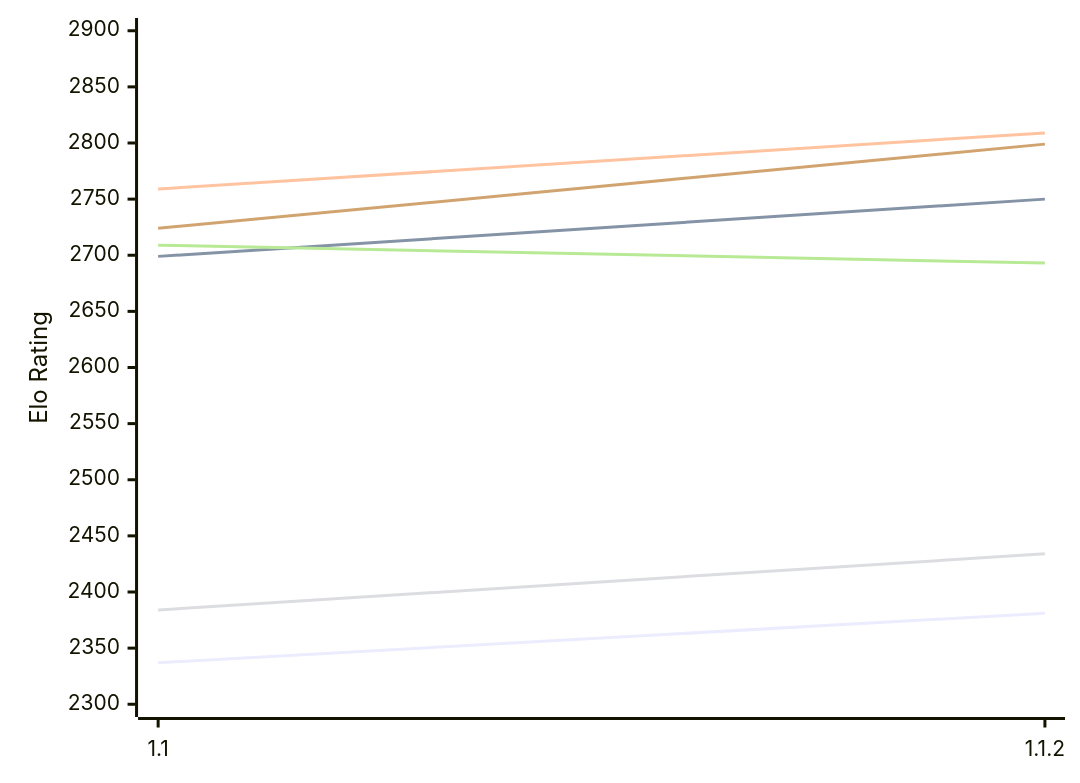
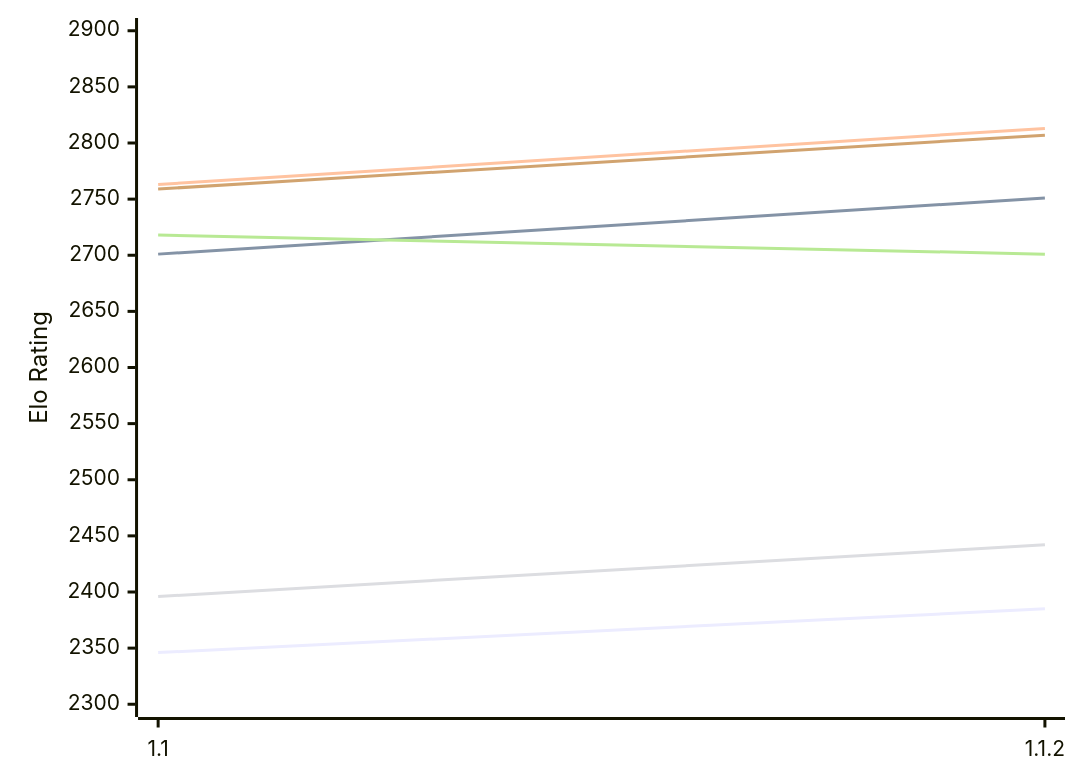
The first of 2 diagrams in engines/Casanchess.md (computer-chess-index/cci), drawn with Mermaid before and after one commit. The commit also changed other lines of this file, not shown here.

Commit message:
Update CCI Ratings (ELO VLTC) - 2026-11-25

````diff
--- a/engines/Casanchess.md
+++ b/engines/Casanchess.md
@@ -51,12 +51,12 @@
 ```mermaid
 %%{init: {"theme":"base","themeVariables":{"seriesColors:['#a3a3a3','#222221','#faa371']}}}%%
 xychart-beta
   x-axis ["1.1", "1.1.2"]
   y-axis "Elo Rating" 2300 --> 2900
-  line "E1: STC (8.0+0.08s)" [2337, 2381]
-  line "E1: LTC (60.0+0.60s)" [2699, 2750]
-  line "E1: VLTC (2m24s+1.12s)" [2759, 2809]
-  line "P1: STC (8.0+0.08s)" [2384, 2434]
-  line "P1: LTC (60.0+0.60s)" [2709, 2693]
-  line "P1: VLTC (2m24s+1.12s)" [2724, 2799]
+  line "E1: STC (8.0+0.08s)" [2346, 2385]
+  line "E1: LTC (60.0+0.60s)" [2701, 2751]
+  line "E1: VLTC (2m24s+1.12s)" [2763, 2813]
+  line "P1: STC (8.0+0.08s)" [2396, 2442]
+  line "P1: LTC (60.0+0.60s)" [2718, 2701]
+  line "P1: VLTC (2m24s+1.12s)" [2759, 2807]
 ```
````
